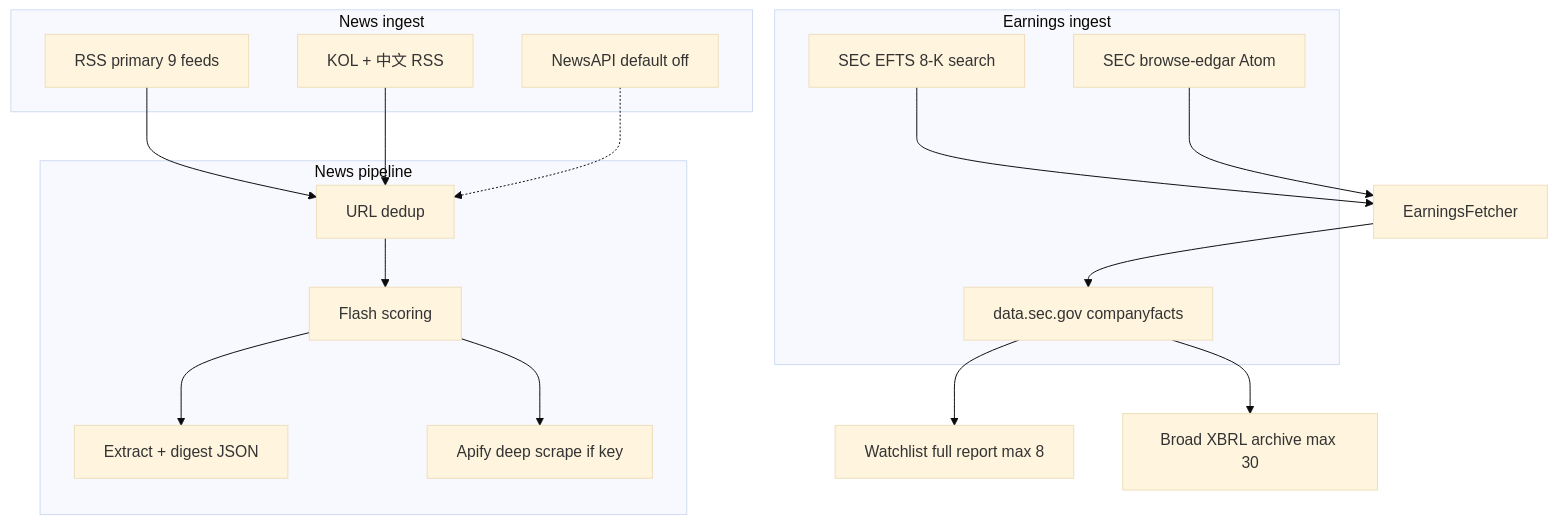
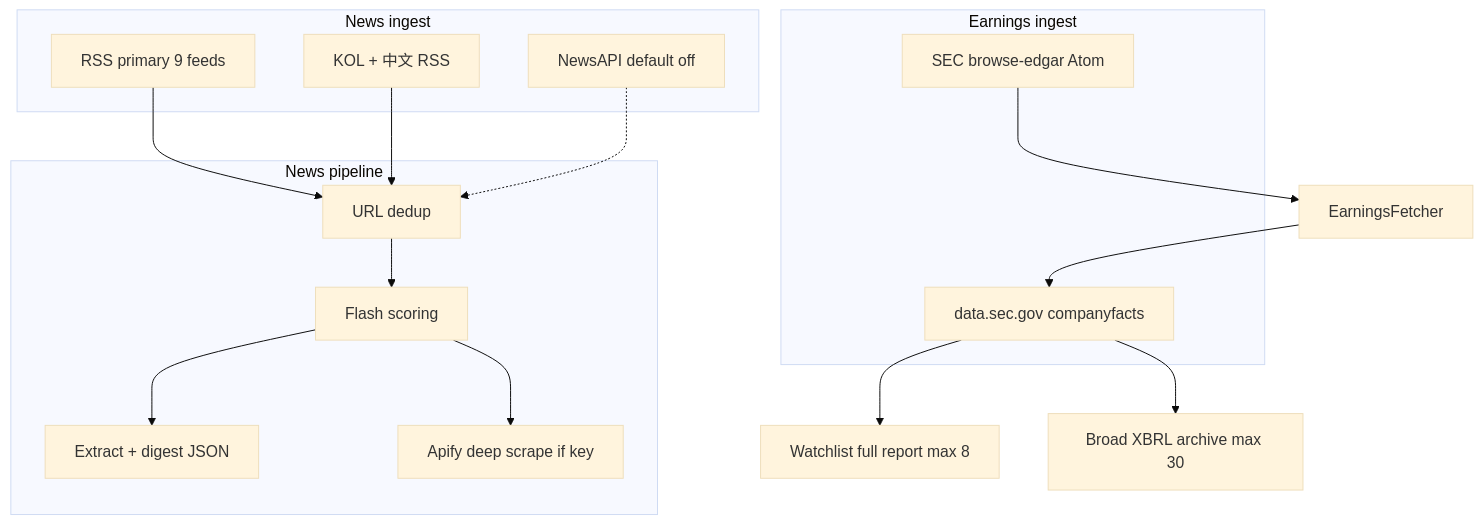
The diagram in docs/SOURCES.md (godmosword/my-tech-pulse-agent), drawn with Mermaid (base theme) before and after one commit. The commit also changed other lines of this file and 6 other files, not shown here.

````diff
--- a/docs/SOURCES.md
+++ b/docs/SOURCES.md
@@ -17,30 +17,28 @@
 ```mermaid
 flowchart TD
   subgraph newsIngest [News ingest]
     RSS["RSS primary 9 feeds"]
     KOL["KOL + 中文 RSS"]
     NewsAPI["NewsAPI default off"]
   end
   subgraph newsPipe [News pipeline]
     Dedup[URL dedup]
     Score[Flash scoring]
     Extract[Extract + digest JSON]
     Deep[Apify deep scrape if key]
   end
   subgraph earnIngest [Earnings ingest]
-    EdgarEfts["SEC EFTS 8-K search"]
     EdgarAtom["SEC browse-edgar Atom"]
     XBRL["data.sec.gov companyfacts"]
   end
   RSS --> Dedup
   KOL --> Dedup
   NewsAPI -.-> Dedup
   Dedup --> Score
   Score --> Extract
   Score --> Deep
-  EdgarEfts --> Filings[EarningsFetcher]
-  EdgarAtom --> Filings
+  EdgarAtom --> Filings[EarningsFetcher]
   Filings --> XBRL
   XBRL --> Full["Watchlist full report max 8"]
   XBRL --> Broad["Broad XBRL archive max 30"]
 ```
````
